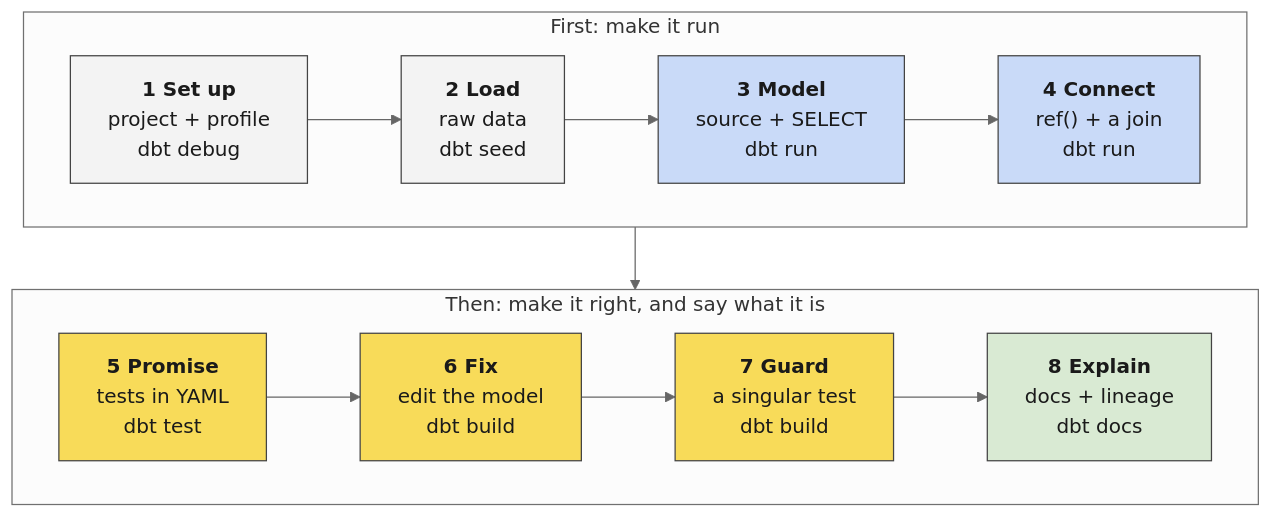
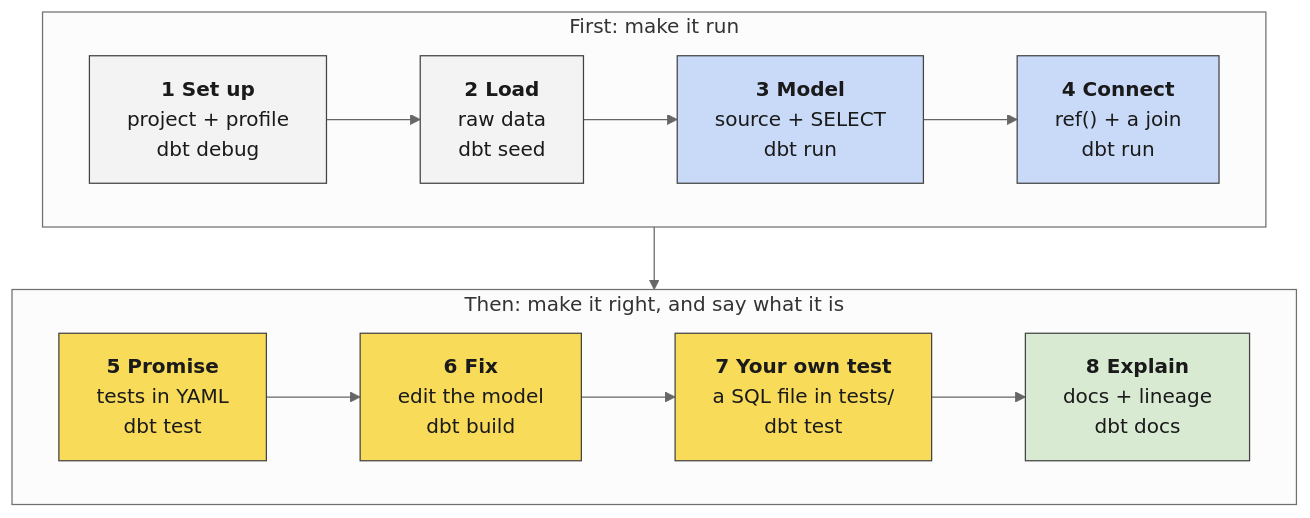
Before and after one commit to reachusama-decoded/cg-dxp: the diagram in courseware/common/diagrams/src/d3-journey.mmd, drawn with Mermaid (neutral theme). The commit also changed 55 other files, not shown here.

```diff
--- a/courseware/common/diagrams/src/d3-journey.mmd
+++ b/courseware/common/diagrams/src/d3-journey.mmd
@@ -1,21 +1,21 @@
 flowchart TB
   subgraph R1 ["First: make it run"]
     direction LR
     A["<b>1 Set up</b><br/>project + profile<br/>dbt debug"] --> B["<b>2 Load</b><br/>raw data<br/>dbt seed"] --> C["<b>3 Model</b><br/>source + SELECT<br/>dbt run"] --> D["<b>4 Connect</b><br/>ref() + a join<br/>dbt run"]
   end
   subgraph R2 ["Then: make it right, and say what it is"]
     direction LR
-    E["<b>5 Promise</b><br/>tests in YAML<br/>dbt test"] --> F["<b>6 Fix</b><br/>edit the model<br/>dbt build"] --> G["<b>7 Guard</b><br/>a singular test<br/>dbt build"] --> H["<b>8 Explain</b><br/>docs + lineage<br/>dbt docs"]
+    E["<b>5 Promise</b><br/>tests in YAML<br/>dbt test"] --> F["<b>6 Fix</b><br/>edit the model<br/>dbt build"] --> G["<b>7 Your own test</b><br/>a SQL file in tests/<br/>dbt test"] --> H["<b>8 Explain</b><br/>docs + lineage<br/>dbt docs"]
   end
   R1 --> R2
   class A,B grey
   class C,D blue
   class E,F,G focus
   class H green
 classDef blue fill:#C9DAF8,stroke:#434343,color:#1a1a1a
 classDef yellow fill:#FFF2CC,stroke:#434343,color:#1a1a1a
 classDef focus fill:#F8DB59,stroke:#434343,color:#1a1a1a
 classDef green fill:#D9EAD3,stroke:#434343,color:#1a1a1a
 classDef aqua fill:#D0E0E3,stroke:#434343,color:#1a1a1a
 classDef grey fill:#F3F3F3,stroke:#434343,color:#1a1a1a
 classDef red fill:#F4CCCC,stroke:#434343,color:#1a1a1a
```
